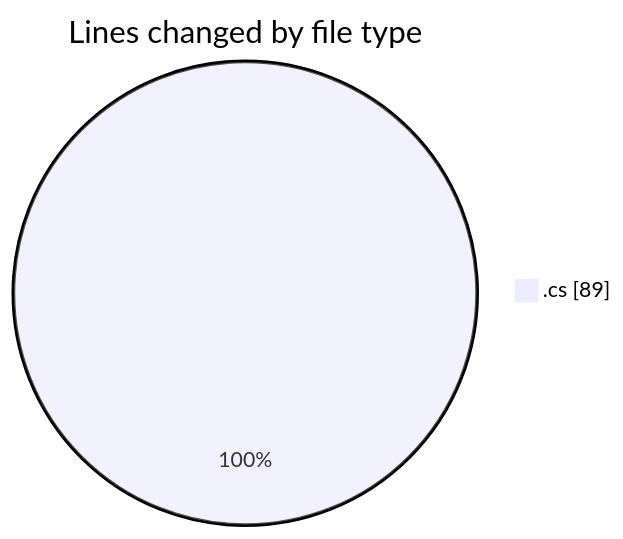
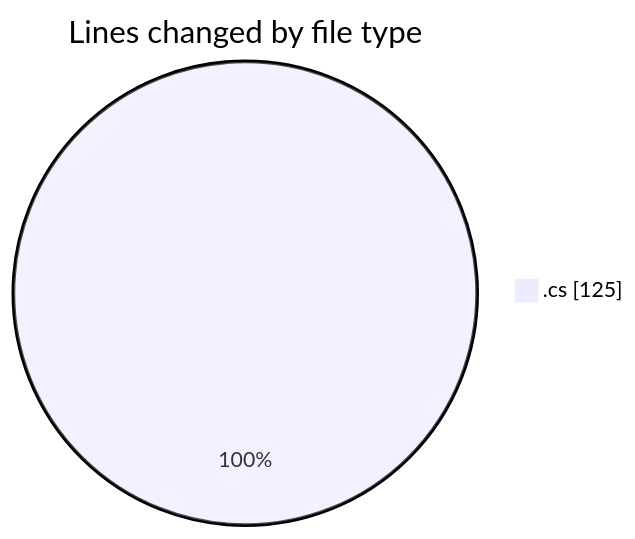
The first of 2 diagrams in 2025-04-02/back-end/README.md (Netris89/code-tracking), drawn with Mermaid before and after one commit. The commit also changed other lines of this file and 1 other file, not shown here.

````diff
--- a/2025-04-02/back-end/README.md
+++ b/2025-04-02/back-end/README.md
@@ -20,5 +20,5 @@
 ```mermaid
 pie showData
 title Lines changed by file type
-".cs" : 89
+".cs" : 125
 ```
````
